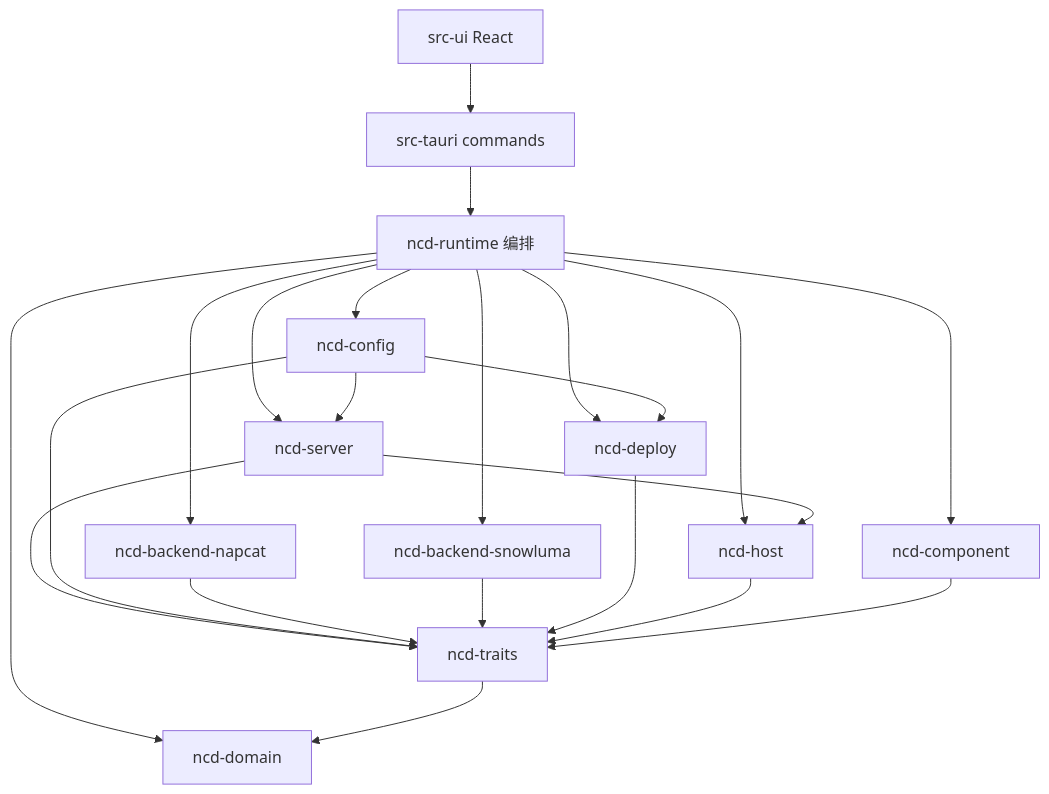
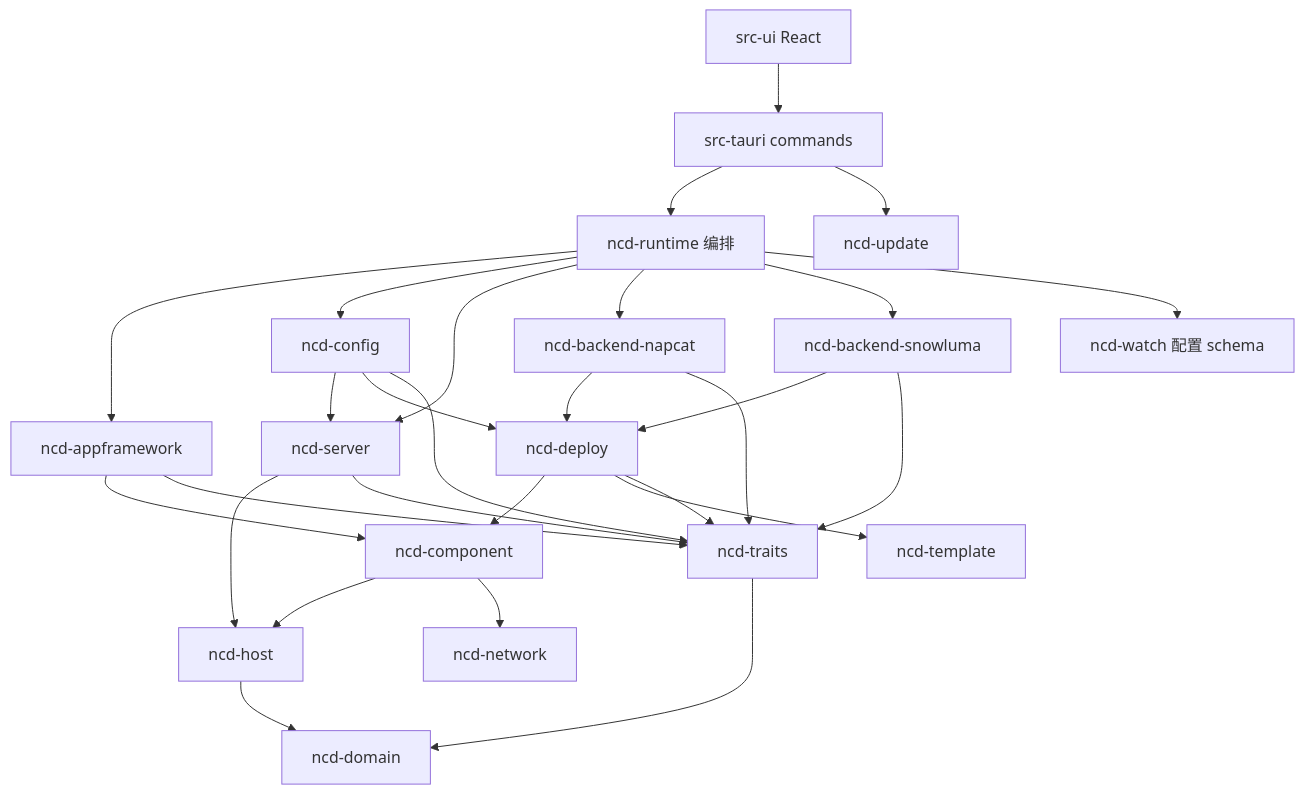
Before and after one commit to NapNeko/NapCatQQ-Desktop: the diagram in docs/context/codemap.md, drawn with Mermaid. The commit also changed other lines of this file, not shown here.

````diff
--- a/docs/context/codemap.md
+++ b/docs/context/codemap.md
@@ -14,24 +14,30 @@
 ```mermaid
 flowchart TB
   UI[src-ui React] --> IPC[src-tauri commands]
   IPC --> RT[ncd-runtime 编排]
+  IPC --> UPD[ncd-update]
+  RT --> AF[ncd-appframework]
   RT --> CFG[ncd-config]
   RT --> SRV[ncd-server]
   RT --> BN[ncd-backend-napcat]
   RT --> BS[ncd-backend-snowluma]
-  RT --> DEP[ncd-deploy]
-  RT --> HOST[ncd-host]
-  RT --> COMP[ncd-component]
-  RT --> DOM[ncd-domain]
+  RT --> WATCH[ncd-watch 配置 schema]
   CFG --> SRV
-  CFG --> DEP
+  CFG --> DEP[ncd-deploy]
+  BN --> DEP
+  BS --> DEP
+  AF --> COMP[ncd-component]
+  DEP --> COMP
+  DEP --> TPL[ncd-template]
+  COMP --> HOST[ncd-host]
+  COMP --> NET[ncd-network]
   SRV --> HOST
-  SRV --> TR[ncd-traits]
+  AF --> TR[ncd-traits]
+  SRV --> TR
   CFG --> TR
   BN --> TR
   BS --> TR
   DEP --> TR
-  HOST --> TR
-  COMP --> TR
-  TR --> DOM
+  TR --> DOM[ncd-domain]
+  HOST --> DOM
 ```
````
